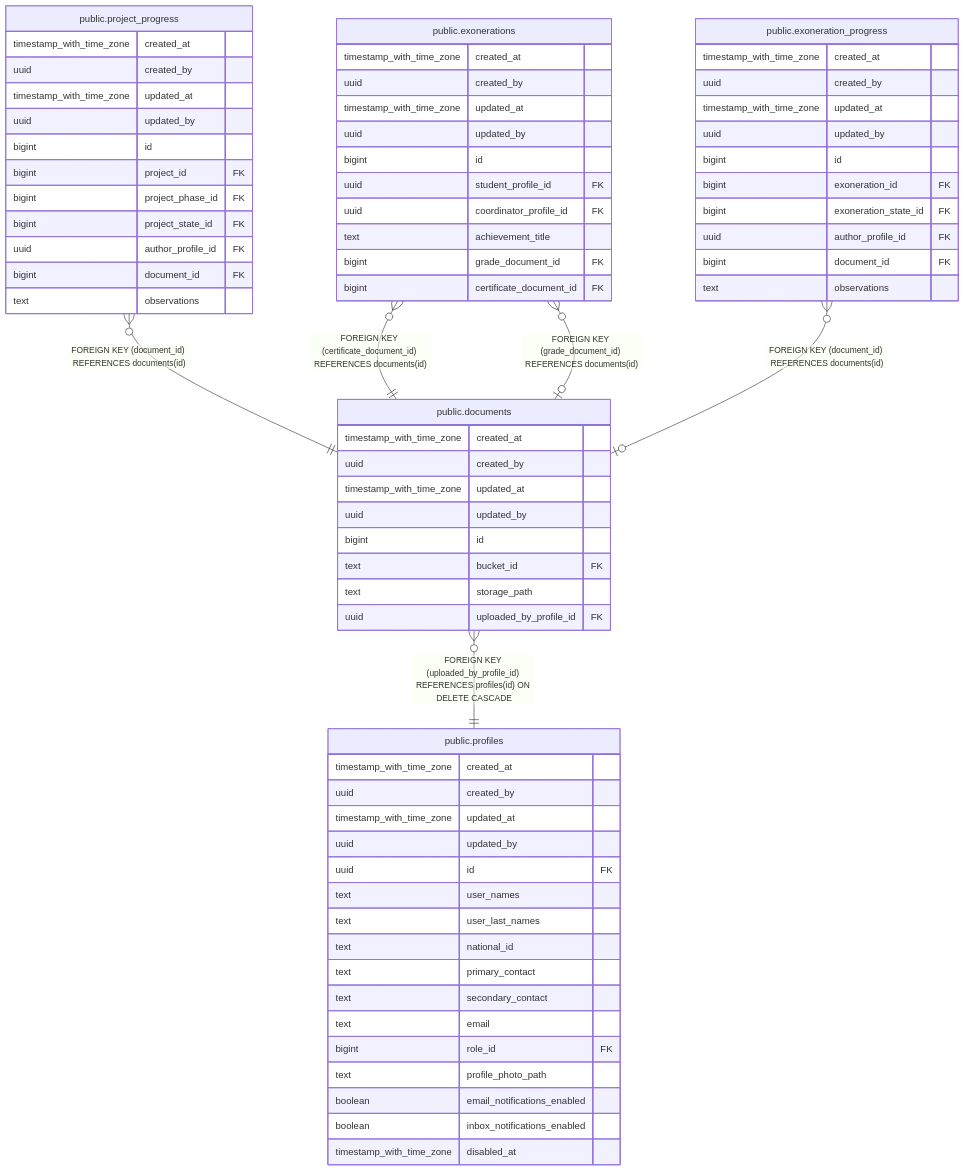
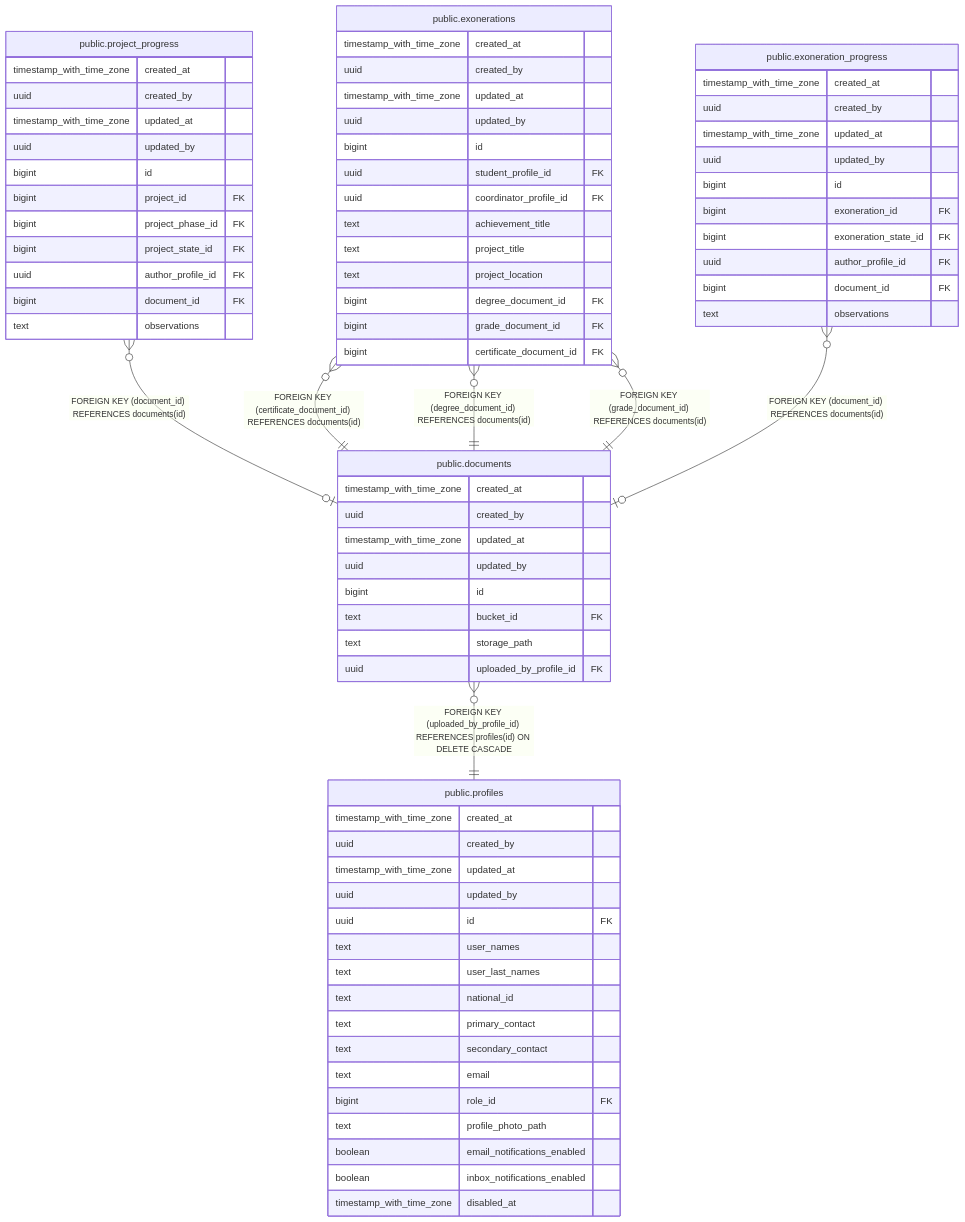
The diagram in docs/db/tbls/public.documents.md (icristianhernandez/academic-service-backend), drawn with Mermaid before and after one commit. The commit also changed 13 other files, not shown here.

````diff
--- a/docs/db/tbls/public.documents.md
+++ b/docs/db/tbls/public.documents.md
@@ -44,75 +44,79 @@
 ```mermaid
 erDiagram
 
-"public.project_progress" }o--|| "public.documents" : "FOREIGN KEY (document_id) REFERENCES documents(id)"
+"public.project_progress" }o--o| "public.documents" : "FOREIGN KEY (document_id) REFERENCES documents(id)"
 "public.exonerations" }o--|| "public.documents" : "FOREIGN KEY (certificate_document_id) REFERENCES documents(id)"
-"public.exonerations" }o--o| "public.documents" : "FOREIGN KEY (grade_document_id) REFERENCES documents(id)"
+"public.exonerations" }o--|| "public.documents" : "FOREIGN KEY (degree_document_id) REFERENCES documents(id)"
+"public.exonerations" }o--|| "public.documents" : "FOREIGN KEY (grade_document_id) REFERENCES documents(id)"
 "public.exoneration_progress" }o--o| "public.documents" : "FOREIGN KEY (document_id) REFERENCES documents(id)"
 "public.documents" }o--|| "public.profiles" : "FOREIGN KEY (uploaded_by_profile_id) REFERENCES profiles(id) ON DELETE CASCADE"
 
 "public.documents" {
   timestamp_with_time_zone created_at ""
   uuid created_by ""
   timestamp_with_time_zone updated_at ""
   uuid updated_by ""
   bigint id ""
   text bucket_id FK ""
   text storage_path ""
   uuid uploaded_by_profile_id FK ""
 }
 "public.project_progress" {
   timestamp_with_time_zone created_at ""
   uuid created_by ""
   timestamp_with_time_zone updated_at ""
   uuid updated_by ""
   bigint id ""
   bigint project_id FK ""
   bigint project_phase_id FK ""
   bigint project_state_id FK ""
   uuid author_profile_id FK ""
   bigint document_id FK ""
   text observations ""
 }
 "public.exonerations" {
   timestamp_with_time_zone created_at ""
   uuid created_by ""
   timestamp_with_time_zone updated_at ""
   uuid updated_by ""
   bigint id ""
   uuid student_profile_id FK ""
   uuid coordinator_profile_id FK ""
   text achievement_title ""
+  text project_title ""
+  text project_location ""
+  bigint degree_document_id FK ""
   bigint grade_document_id FK ""
   bigint certificate_document_id FK ""
 }
 "public.exoneration_progress" {
   timestamp_with_time_zone created_at ""
   uuid created_by ""
   timestamp_with_time_zone updated_at ""
   uuid updated_by ""
   bigint id ""
   bigint exoneration_id FK ""
   bigint exoneration_state_id FK ""
   uuid author_profile_id FK ""
   bigint document_id FK ""
   text observations ""
 }
 "public.profiles" {
   timestamp_with_time_zone created_at ""
   uuid created_by ""
   timestamp_with_time_zone updated_at ""
   uuid updated_by ""
   uuid id FK ""
   text user_names ""
   text user_last_names ""
   text national_id ""
   text primary_contact ""
   text secondary_contact ""
   text email ""
   bigint role_id FK ""
   text profile_photo_path ""
   boolean email_notifications_enabled ""
   boolean inbox_notifications_enabled ""
   timestamp_with_time_zone disabled_at ""
 }
 ```
````
